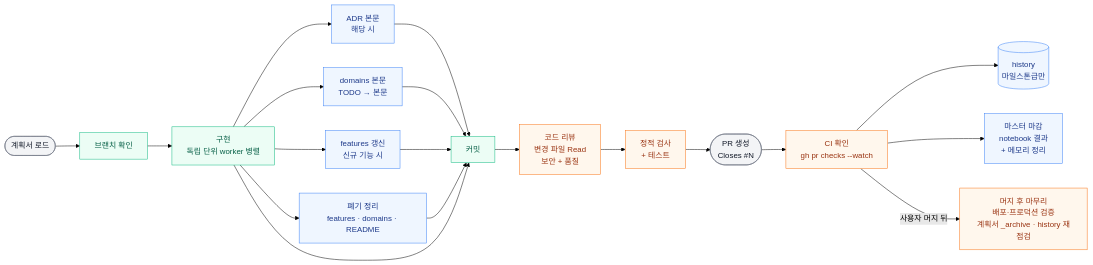
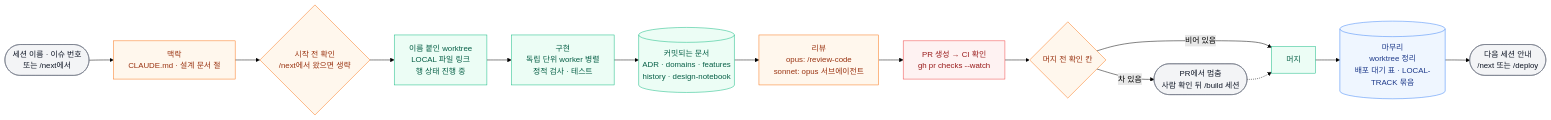
The fourth of 6 diagrams in workflow/skills-overview.md (hyewon3938/build-with-ai), drawn with Mermaid (forest theme) before and after one commit. The commit also changed other lines of this file and 3 other files, not shown here.

````diff
--- a/workflow/skills-overview.md
+++ b/workflow/skills-overview.md
@@ -79,31 +117,28 @@
 ```mermaid
 graph LR
-    L([계획서 로드]) --> CK[브랜치 확인]
-    CK --> IMP[구현<br/>독립 단위 worker 병렬]
-    IMP --> ADRB[ADR 본문<br/>해당 시]
-    IMP --> DOMB[domains 본문<br/>TODO → 본문]
-    IMP --> FT[features 갱신<br/>신규 기능 시]
-    IMP --> RM[폐기 정리<br/>features · domains · README]
-    ADRB --> C[커밋]
-    DOMB --> C
-    FT --> C
-    RM --> C
-    IMP --> C
-    C --> R[코드 리뷰<br/>변경 파일 Read<br/>보안 + 품질]
-    R --> T[정적 검사<br/>+ 테스트]
-    T --> PR([PR 생성<br/>Closes #N])
-    PR --> CI[CI 확인<br/>gh pr checks --watch]
-    CI --> HI[(history<br/>마일스톤급만)]
-    CI --> MC[마스터 마감<br/>notebook 결과<br/>+ 메모리 정리]
-    CI -->|사용자 머지 뒤| MW[머지 후 마무리<br/>배포·프로덕션 검증<br/>계획서 _archive · history 재점검]
+    IN(["세션 이름 · 이슈 번호<br/>또는 /next에서"]) --> CX["맥락<br/>CLAUDE.md · 설계 문서 절"]
+    CX --> CK{"시작 전 확인<br/>/next에서 왔으면 생략"}
+    CK --> WT["이름 붙인 worktree<br/>LOCAL 파일 링크<br/>행 상태 진행 중"]
+    WT --> IMP["구현<br/>독립 단위 worker 병렬<br/>정적 검사 · 테스트"]
+    IMP --> DOCU[("커밋되는 문서<br/>ADR · domains · features<br/>history · design-notebook")]
+    DOCU --> R["리뷰<br/>opus: /review-code<br/>sonnet: opus 서브에이전트"]
+    R --> PR["PR 생성 → CI 확인<br/>gh pr checks --watch"]
+    PR --> MG{"머지 전 확인 칸"}
+    MG -->|차 있음| STOP(["PR에서 멈춤<br/>사람 확인 뒤 /build 세션"])
+    MG -->|비어 있음| M["머지"]
+    STOP -.-> M
+    M --> WU[("마무리<br/>worktree 정리<br/>배포 대기 표 · LOCAL-TRACK 묶음")]
+    WU --> NX(["다음 세션 안내<br/>/next 또는 /deploy"])
 
     classDef io fill:#f3f4f6,stroke:#6b7280,color:#111827
     classDef code fill:#ecfdf5,stroke:#10b981,color:#065f46
     classDef check fill:#fff7ed,stroke:#f97316,color:#9a3412
-    classDef doc fill:#eff6ff,stroke:#3b82f6,color:#1e3a8a
+    classDef local fill:#eff6ff,stroke:#3b82f6,color:#1e3a8a
+    classDef external fill:#fef2f2,stroke:#ef4444,color:#991b1b
 
-    class L,PR io
-    class IMP,C,CK code
-    class R,T,CI,MW check
-    class ADRB,DOMB,RM,FT,HI,MC doc
+    class IN,STOP,NX io
+    class WT,IMP,DOCU,M code
+    class CX,CK,R,MG check
+    class WU local
+    class PR external
 ```
````
